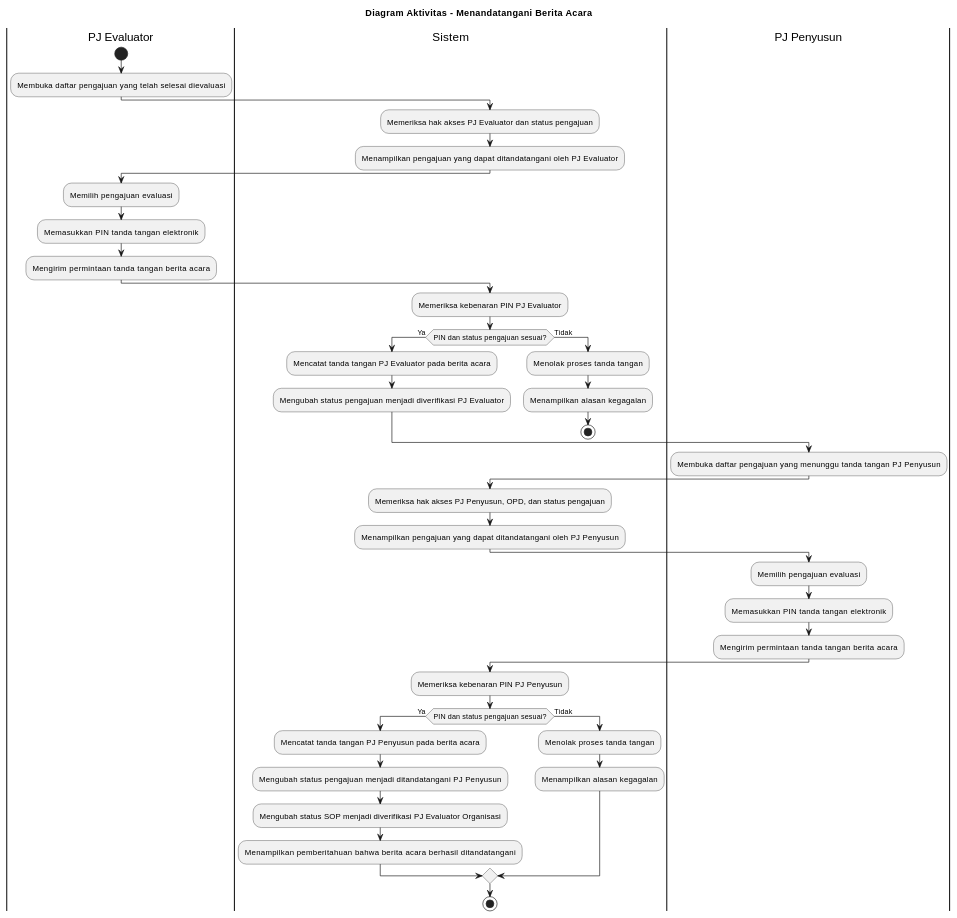
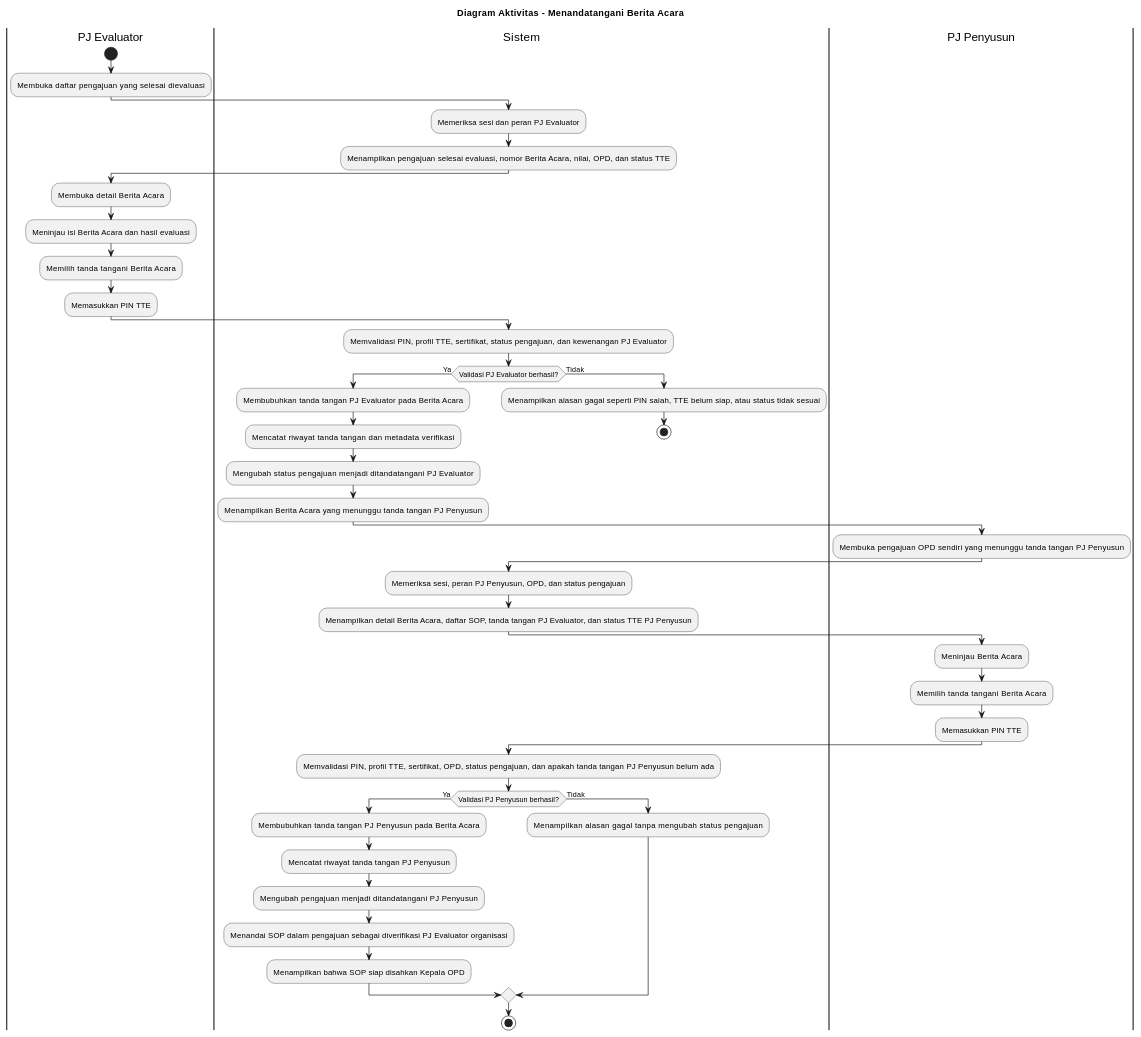
Before and after one commit to howlil/sop-generate-app: the diagram in docs/activity-diagram/pj-evaluator-pj-penyusun-menandatangani-berita-acara.md, drawn with PlantUML. The commit also changed other lines of this file and 90 other files, not shown here.

````diff
--- a/docs/activity-diagram/pj-evaluator-pj-penyusun-menandatangani-berita-acara.md
+++ b/docs/activity-diagram/pj-evaluator-pj-penyusun-menandatangani-berita-acara.md
@@ -16,55 +16,59 @@
 ```plantuml
 @startuml
 title Diagram Aktivitas - Menandatangani Berita Acara
 
 |PJ Evaluator|
 start
-:Membuka daftar pengajuan yang telah selesai dievaluasi;
+:Membuka daftar pengajuan yang selesai dievaluasi;
 
 |Sistem|
-:Memeriksa hak akses PJ Evaluator dan status pengajuan;
-:Menampilkan pengajuan yang dapat ditandatangani oleh PJ Evaluator;
+:Memeriksa sesi dan peran PJ Evaluator;
+:Menampilkan pengajuan selesai evaluasi, nomor Berita Acara, nilai, OPD, dan status TTE;
 
 |PJ Evaluator|
-:Memilih pengajuan evaluasi;
-:Memasukkan PIN tanda tangan elektronik;
-:Mengirim permintaan tanda tangan berita acara;
+:Membuka detail Berita Acara;
+:Meninjau isi Berita Acara dan hasil evaluasi;
+:Memilih tanda tangani Berita Acara;
+:Memasukkan PIN TTE;
 
 |Sistem|
-:Memeriksa kebenaran PIN PJ Evaluator;
-if (PIN dan status pengajuan sesuai?) then (Ya)
-  :Mencatat tanda tangan PJ Evaluator pada berita acara;
-  :Mengubah status pengajuan menjadi diverifikasi PJ Evaluator;
+:Memvalidasi PIN, profil TTE, sertifikat, status pengajuan, dan kewenangan PJ Evaluator;
+
+if (Validasi PJ Evaluator berhasil?) then (Ya)
+  :Membubuhkan tanda tangan PJ Evaluator pada Berita Acara;
+  :Mencatat riwayat tanda tangan dan metadata verifikasi;
+  :Mengubah status pengajuan menjadi ditandatangani PJ Evaluator;
+  :Menampilkan Berita Acara yang menunggu tanda tangan PJ Penyusun;
 else (Tidak)
-  :Menolak proses tanda tangan;
-  :Menampilkan alasan kegagalan;
+  :Menampilkan alasan gagal seperti PIN salah, TTE belum siap, atau status tidak sesuai;
   stop
 endif
 
 |PJ Penyusun|
-:Membuka daftar pengajuan yang menunggu tanda tangan PJ Penyusun;
+:Membuka pengajuan OPD sendiri yang menunggu tanda tangan PJ Penyusun;
 
 |Sistem|
-:Memeriksa hak akses PJ Penyusun, OPD, dan status pengajuan;
-:Menampilkan pengajuan yang dapat ditandatangani oleh PJ Penyusun;
+:Memeriksa sesi, peran PJ Penyusun, OPD, dan status pengajuan;
+:Menampilkan detail Berita Acara, daftar SOP, tanda tangan PJ Evaluator, dan status TTE PJ Penyusun;
 
 |PJ Penyusun|
-:Memilih pengajuan evaluasi;
-:Memasukkan PIN tanda tangan elektronik;
-:Mengirim permintaan tanda tangan berita acara;
+:Meninjau Berita Acara;
+:Memilih tanda tangani Berita Acara;
+:Memasukkan PIN TTE;
 
 |Sistem|
-:Memeriksa kebenaran PIN PJ Penyusun;
-if (PIN dan status pengajuan sesuai?) then (Ya)
-  :Mencatat tanda tangan PJ Penyusun pada berita acara;
-  :Mengubah status pengajuan menjadi ditandatangani PJ Penyusun;
-  :Mengubah status SOP menjadi diverifikasi PJ Evaluator Organisasi;
-  :Menampilkan pemberitahuan bahwa berita acara berhasil ditandatangani;
+:Memvalidasi PIN, profil TTE, sertifikat, OPD, status pengajuan, dan apakah tanda tangan PJ Penyusun belum ada;
+
+if (Validasi PJ Penyusun berhasil?) then (Ya)
+  :Membubuhkan tanda tangan PJ Penyusun pada Berita Acara;
+  :Mencatat riwayat tanda tangan PJ Penyusun;
+  :Mengubah pengajuan menjadi ditandatangani PJ Penyusun;
+  :Menandai SOP dalam pengajuan sebagai diverifikasi PJ Evaluator organisasi;
+  :Menampilkan bahwa SOP siap disahkan Kepala OPD;
 else (Tidak)
-  :Menolak proses tanda tangan;
-  :Menampilkan alasan kegagalan;
+  :Menampilkan alasan gagal tanpa mengubah status pengajuan;
 endif
 
 stop
 @enduml
 ```
````
